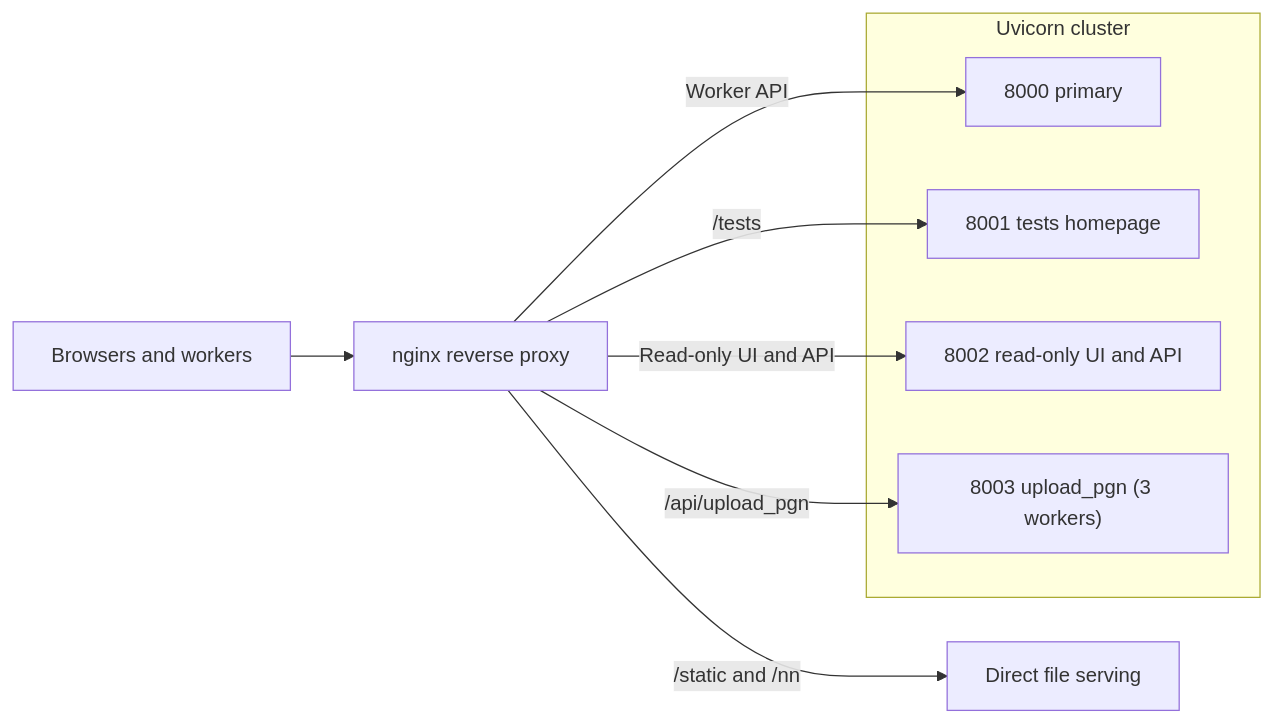
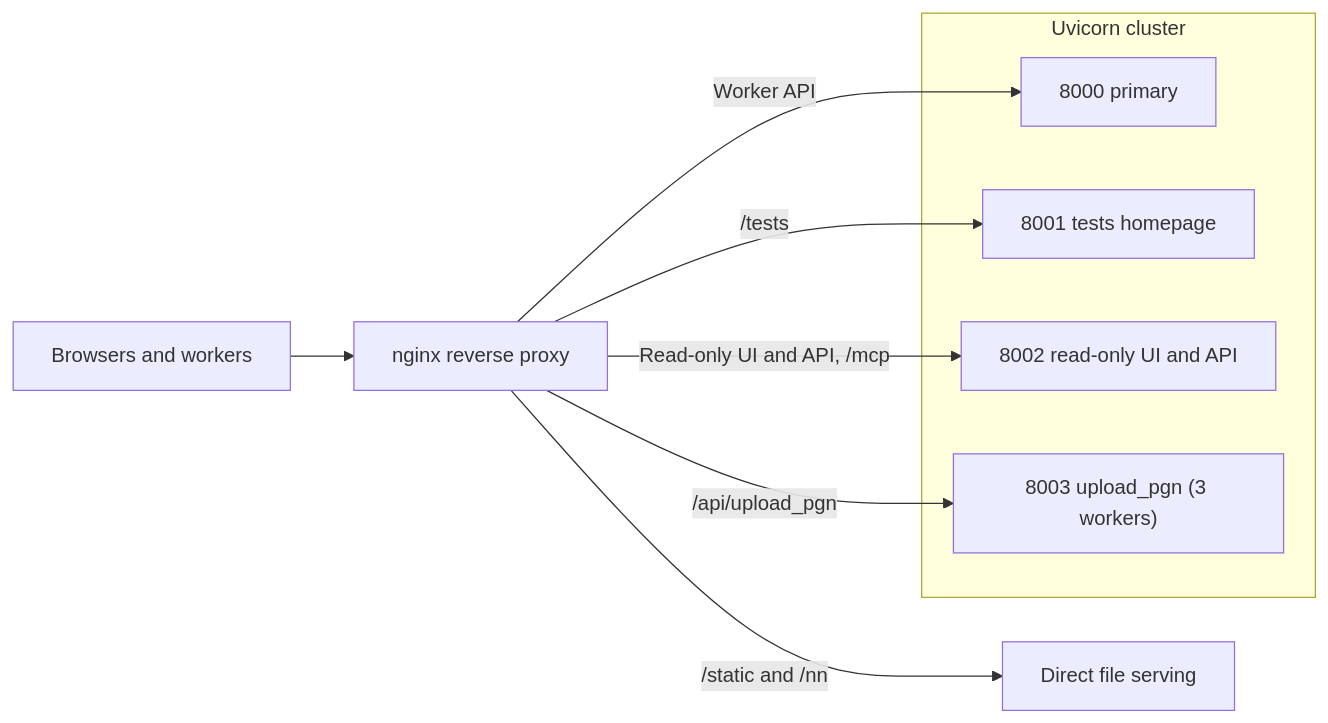
The diagram in docs/8-deployment.md (ppigazzini/fishtest), drawn with Mermaid before and after one commit. The commit also changed other lines of this file and 14 other files, not shown here.

````diff
--- a/docs/8-deployment.md
+++ b/docs/8-deployment.md
@@ -59,15 +60,15 @@
 ```mermaid
 flowchart LR
     clients[Browsers and workers] --> nginx[nginx reverse proxy]
     nginx -->|/static and /nn| static[Direct file serving]
     subgraph cluster[Uvicorn cluster]
         primary[8000 primary]
         tests[8001 tests homepage]
         readonly[8002 read-only UI and API]
         pgn["8003 upload_pgn (3 workers)"]
     end
     nginx -->|Worker API| primary
     nginx -->|/tests| tests
-    nginx -->|Read-only UI and API| readonly
+    nginx -->|Read-only UI and API, /mcp| readonly
     nginx -->|/api/upload_pgn| pgn
 ```
````
